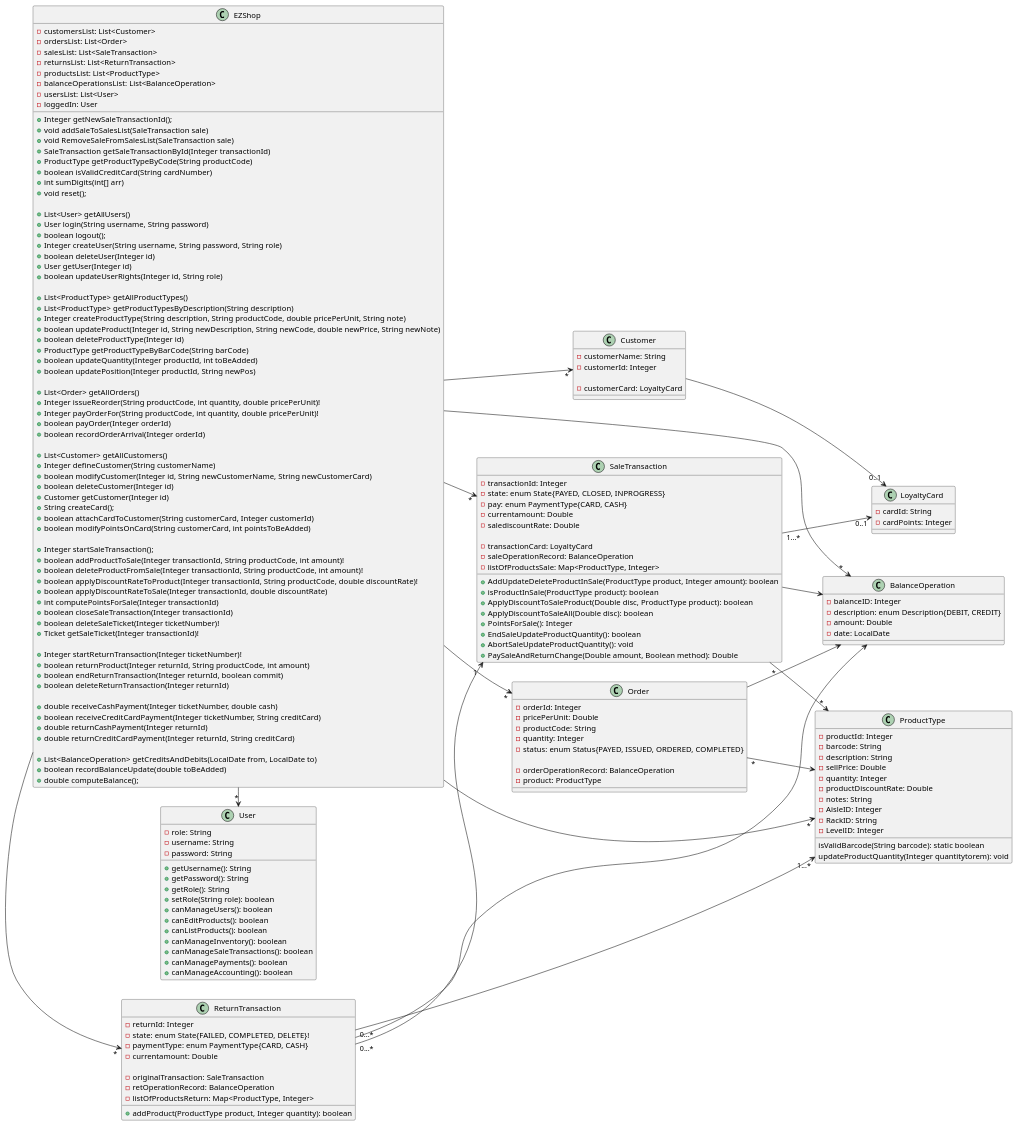
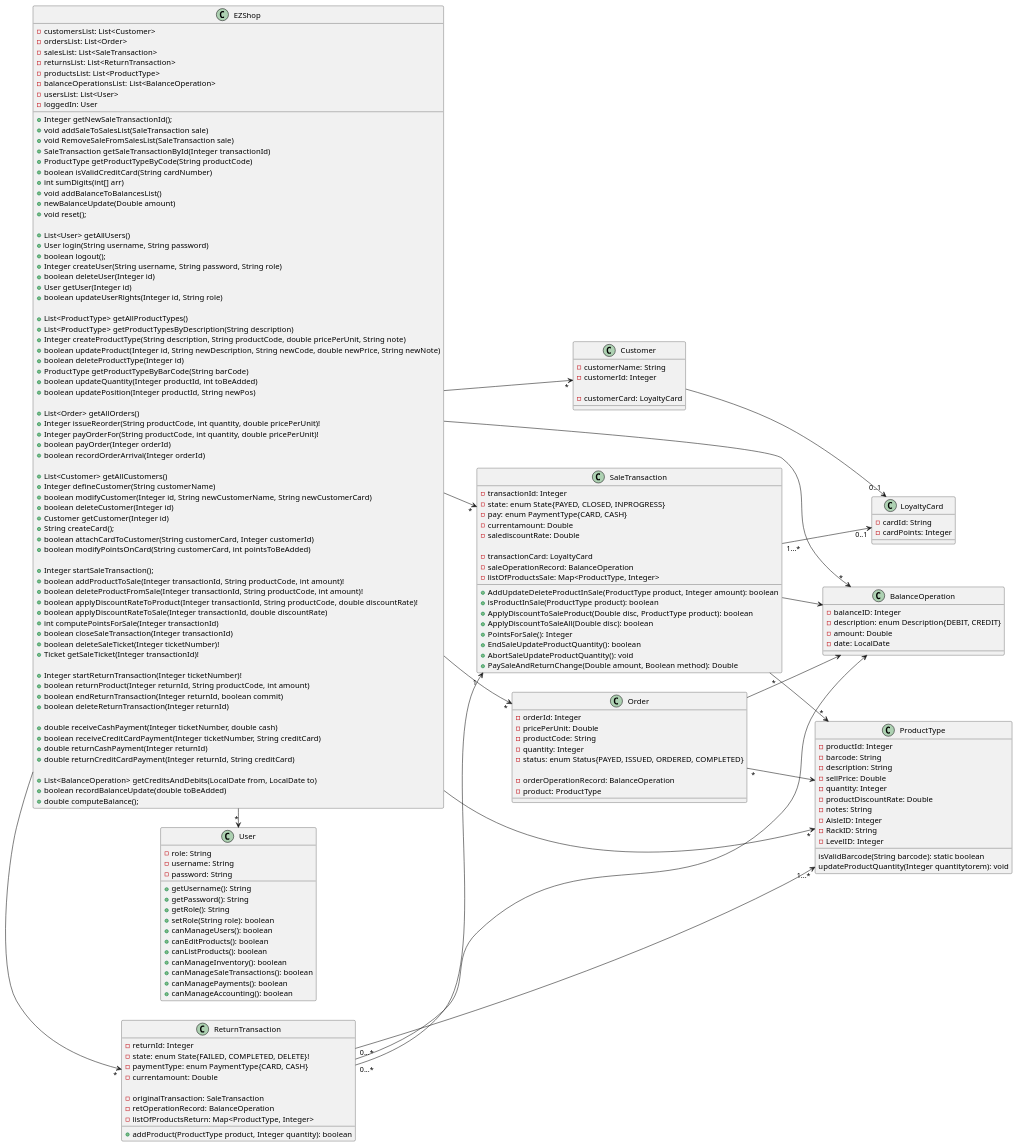
Before and after one commit to gioele-scaletta/EZShop-Software-Engineering-Project: the first of 15 diagrams in Deliverables/DesignDocument.md, drawn with PlantUML. The commit also changed other lines of this file, not shown here.

Commit message:
UC_6_seq_diagram__

```diff
--- a/Deliverables/DesignDocument.md
+++ b/Deliverables/DesignDocument.md
@@ -60,6 +60,8 @@
     +ProductType getProductTypeByCode(String productCode)
     +boolean isValidCreditCard(String cardNumber)
     +int sumDigits(int[] arr)
+    +void addBalanceToBalancesList()
+    +newBalanceUpdate(Double amount)
 
 
     +void reset();
```
